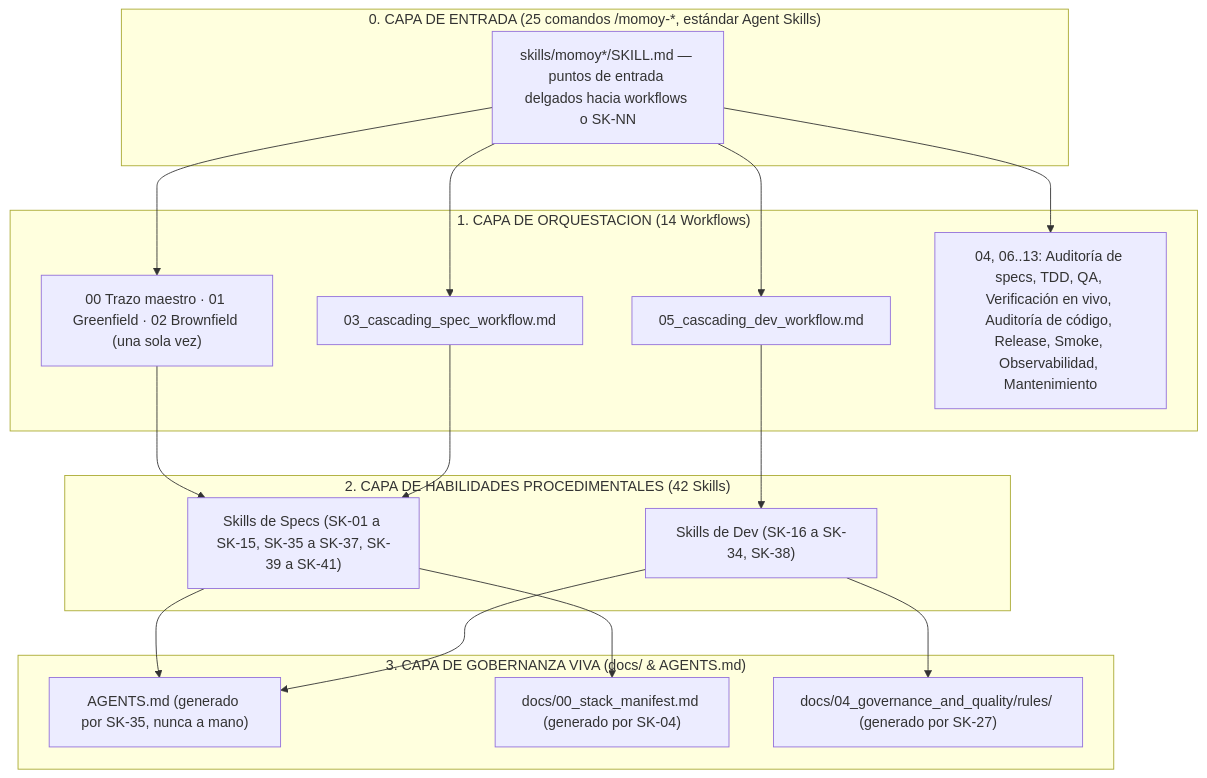
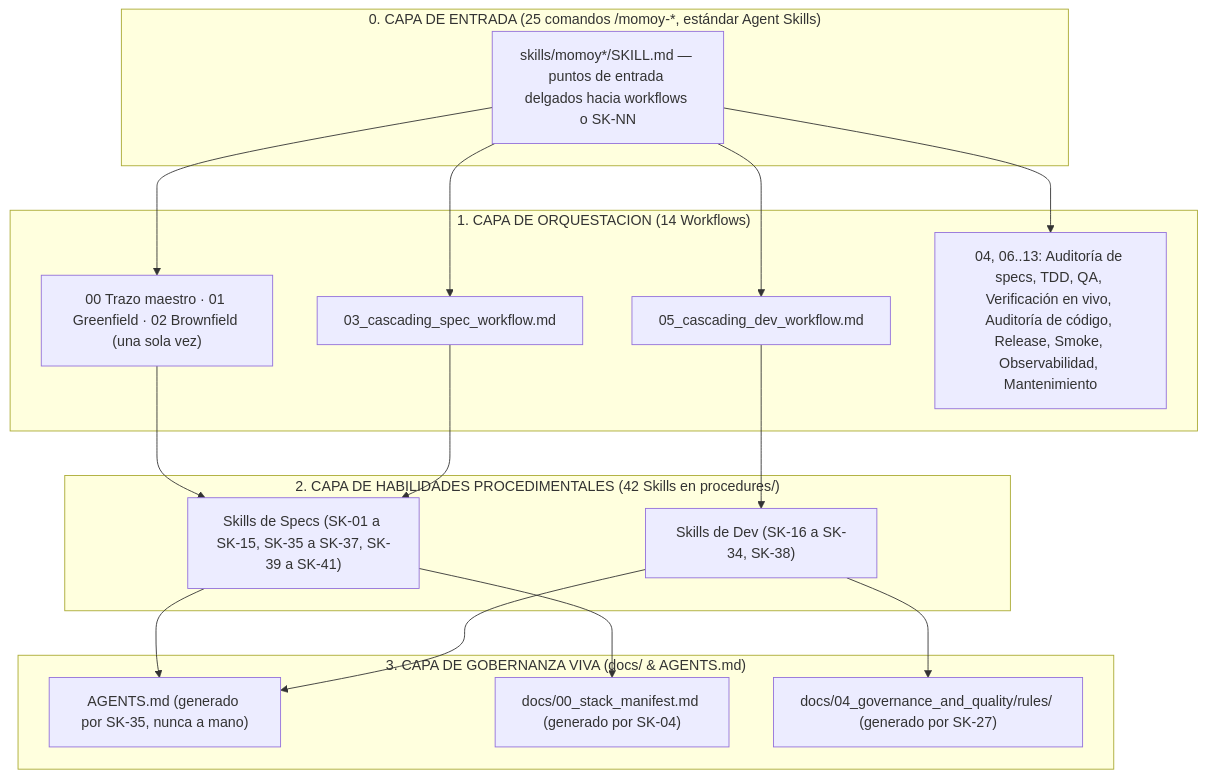
One commit to lacruzjd/AI4Devs-finalproject changed the diagram in .agents/README.md. Above: the diagram before and after it, drawn with Mermaid. The commit also changed other lines of this file and 83 other files, not shown here.

````diff
--- a/.agents/README.md
+++ b/.agents/README.md
@@ -69,36 +69,36 @@
 ```mermaid
 flowchart TD
     subgraph CAPA0 ["0. CAPA DE ENTRADA (25 comandos /momoy-*, estándar Agent Skills)"]
         CMD["skills/momoy*/SKILL.md — puntos de entrada delgados hacia workflows o SK-NN"]
     end
 
     subgraph CAPA1 ["1. CAPA DE ORQUESTACION (14 Workflows)"]
         W00["00 Trazo maestro · 01 Greenfield · 02 Brownfield (una sola vez)"]
         W01["03_cascading_spec_workflow.md"]
         W02["05_cascading_dev_workflow.md"]
         W0X["04, 06..13: Auditoría de specs, TDD, QA, Verificación en vivo, Auditoría de código, Release, Smoke, Observabilidad, Mantenimiento"]
     end
 
-    subgraph CAPA2 ["2. CAPA DE HABILIDADES PROCEDIMENTALES (42 Skills)"]
+    subgraph CAPA2 ["2. CAPA DE HABILIDADES PROCEDIMENTALES (42 Skills en procedures/)"]
         S_Spec["Skills de Specs (SK-01 a SK-15, SK-35 a SK-37, SK-39 a SK-41)"]
         S_Dev["Skills de Dev (SK-16 a SK-34, SK-38)"]
     end
 
     subgraph CAPA3 ["3. CAPA DE GOBERNANZA VIVA (docs/ & AGENTS.md)"]
         AGENTS["AGENTS.md (generado por SK-35, nunca a mano)"]
         StackManifest["docs/00_stack_manifest.md (generado por SK-04)"]
         Rules["docs/04_governance_and_quality/rules/ (generado por SK-27)"]
     end
 
     CMD --> W00
     CMD --> W01
     CMD --> W02
     CMD --> W0X
     W00 --> S_Spec
     W01 --> S_Spec
     W02 --> S_Dev
     S_Spec --> AGENTS
     S_Spec --> StackManifest
     S_Dev --> AGENTS
     S_Dev --> Rules
 ```
````
